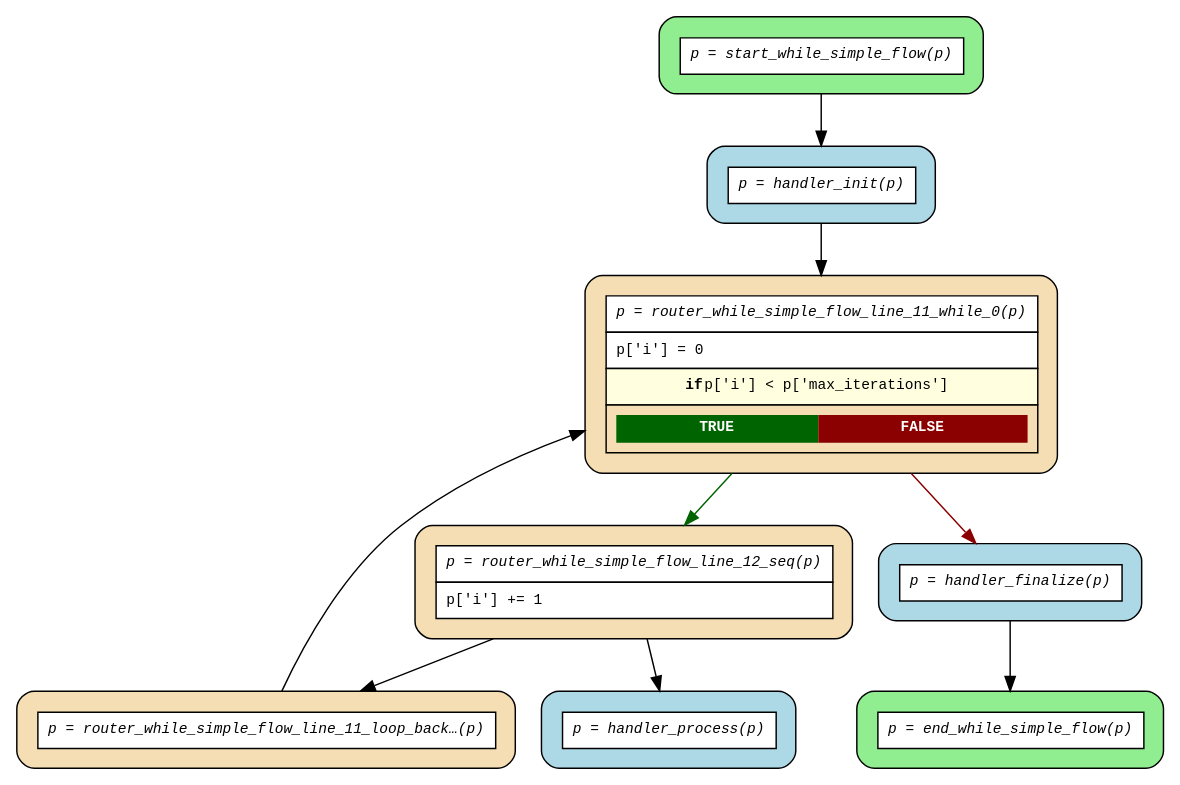
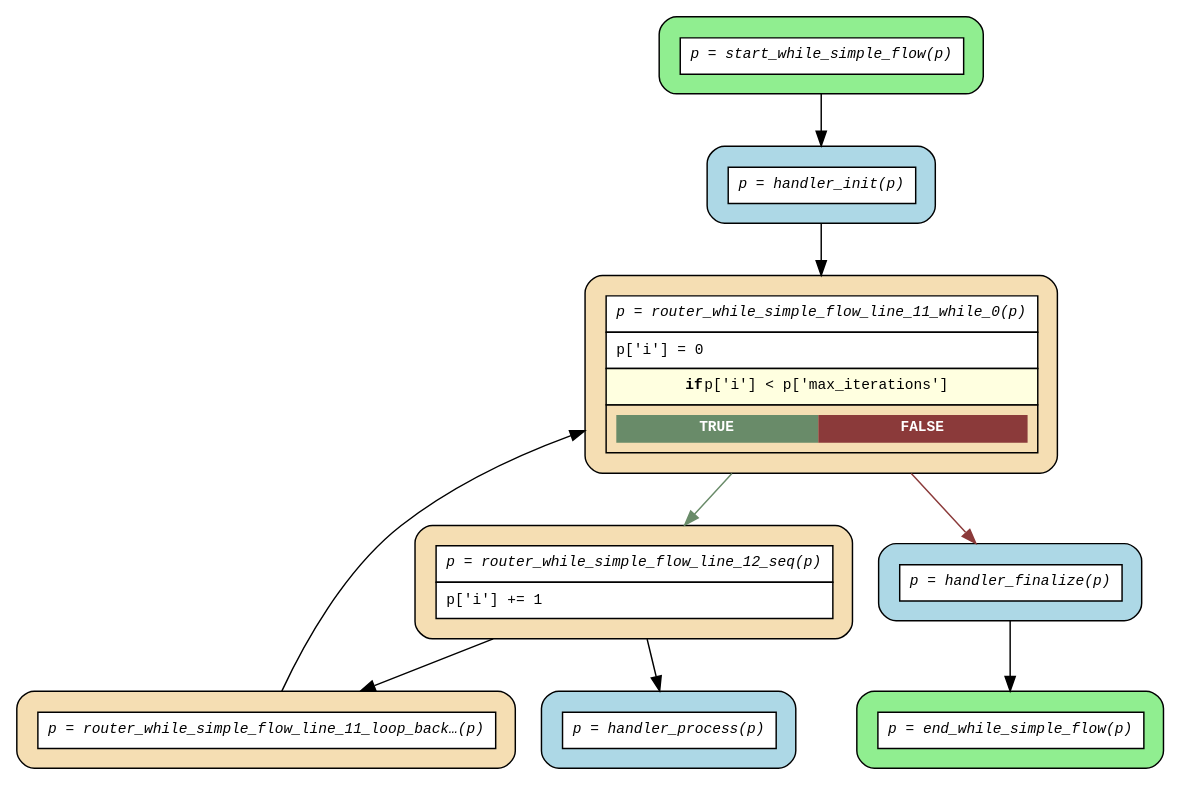
One commit to mrhillsman-enterprise-ai/asya changed the diagram in examples/flows/compiled/while_simple/flow.dot. Above: the diagram before and after it, drawn with Graphviz. The commit also changed 83 other files, not shown here.

First line of the commit message:
feat(flow): add try-except-finally support to Flow DSL compiler (#185)

```diff
--- a/examples/flows/compiled/while_simple/flow.dot
+++ b/examples/flows/compiled/while_simple/flow.dot
@@ -1,24 +1,24 @@
 digraph flow {
   rankdir=TB;
   graph [fontname="Courier", fontsize=10];
   node [fontname="Courier", fontsize=10, shape=box, style="filled,rounded", margin="0.2"];
   edge [fontname="Courier", fontsize=10];
 
   start_while_simple_flow [fillcolor="lightgreen", label=<<table border="0" cellspacing="0" cellpadding="6" cellborder="1"><tr><td bgcolor="white" align="center"><i>p = start_while_simple_flow(p)</i></td></tr></table>>];
   router_while_simple_flow_line_12_seq [fillcolor="wheat", label=<<table border="0" cellspacing="0" cellpadding="6" cellborder="1"><tr><td bgcolor="white" align="center"><i>p = router_while_simple_flow_line_12_seq(p)</i></td></tr><tr><td bgcolor="white" align="left">p['i'] += 1</td></tr></table>>];
   router_while_simple_flow_line_11_loop_back_0 [fillcolor="wheat", label=<<table border="0" cellspacing="0" cellpadding="6" cellborder="1"><tr><td bgcolor="white" align="center"><i>p = router_while_simple_flow_line_11_loop_back…(p)</i></td></tr></table>>];
-  router_while_simple_flow_line_11_while_0 [fillcolor="wheat", label=<<table border="0" cellspacing="0" cellpadding="6" cellborder="1"><tr><td bgcolor="white" align="center"><i>p = router_while_simple_flow_line_11_while_0(p)</i></td></tr><tr><td bgcolor="white" align="left">p['i'] = 0</td></tr><tr><td bgcolor="lightyellow"><b>if</b> p['i'] &lt; p['max_iterations']</td></tr><tr><td><table border="0" cellspacing="0" cellpadding="4"><tr><td bgcolor="darkgreen"><font color="white"><b>TRUE</b></font></td><td bgcolor="darkred"><font color="white"><b>FALSE</b></font></td></tr></table></td></tr></table>>];
+  router_while_simple_flow_line_11_while_0 [fillcolor="wheat", label=<<table border="0" cellspacing="0" cellpadding="6" cellborder="1"><tr><td bgcolor="white" align="center"><i>p = router_while_simple_flow_line_11_while_0(p)</i></td></tr><tr><td bgcolor="white" align="left">p['i'] = 0</td></tr><tr><td bgcolor="lightyellow"><b>if</b> p['i'] &lt; p['max_iterations']</td></tr><tr><td><table border="0" cellspacing="0" cellpadding="4"><tr><td bgcolor="darkseagreen4"><font color="white"><b>TRUE</b></font></td><td bgcolor="indianred4"><font color="white"><b>FALSE</b></font></td></tr></table></td></tr></table>>];
   end_while_simple_flow [fillcolor="lightgreen", label=<<table border="0" cellspacing="0" cellpadding="6" cellborder="1"><tr><td bgcolor="white" align="center"><i>p = end_while_simple_flow(p)</i></td></tr></table>>];
   handler_finalize [fillcolor="lightblue", label=<<table border="0" cellspacing="0" cellpadding="6" cellborder="1"><tr><td bgcolor="white" align="center"><i>p = handler_finalize(p)</i></td></tr></table>>];
   handler_init [fillcolor="lightblue", label=<<table border="0" cellspacing="0" cellpadding="6" cellborder="1"><tr><td bgcolor="white" align="center"><i>p = handler_init(p)</i></td></tr></table>>];
   handler_process [fillcolor="lightblue", label=<<table border="0" cellspacing="0" cellpadding="6" cellborder="1"><tr><td bgcolor="white" align="center"><i>p = handler_process(p)</i></td></tr></table>>];
 
   handler_finalize -> end_while_simple_flow;
   handler_init -> router_while_simple_flow_line_11_while_0;
   router_while_simple_flow_line_11_loop_back_0 -> router_while_simple_flow_line_11_while_0 [constraint=false];
-  router_while_simple_flow_line_11_while_0 -> handler_finalize [color=darkred];
-  router_while_simple_flow_line_11_while_0 -> router_while_simple_flow_line_12_seq [color=darkgreen];
+  router_while_simple_flow_line_11_while_0 -> handler_finalize [color=indianred4];
+  router_while_simple_flow_line_11_while_0 -> router_while_simple_flow_line_12_seq [color=darkseagreen4];
   router_while_simple_flow_line_12_seq -> handler_process;
   router_while_simple_flow_line_12_seq -> router_while_simple_flow_line_11_loop_back_0;
   start_while_simple_flow -> handler_init;
 }
```
